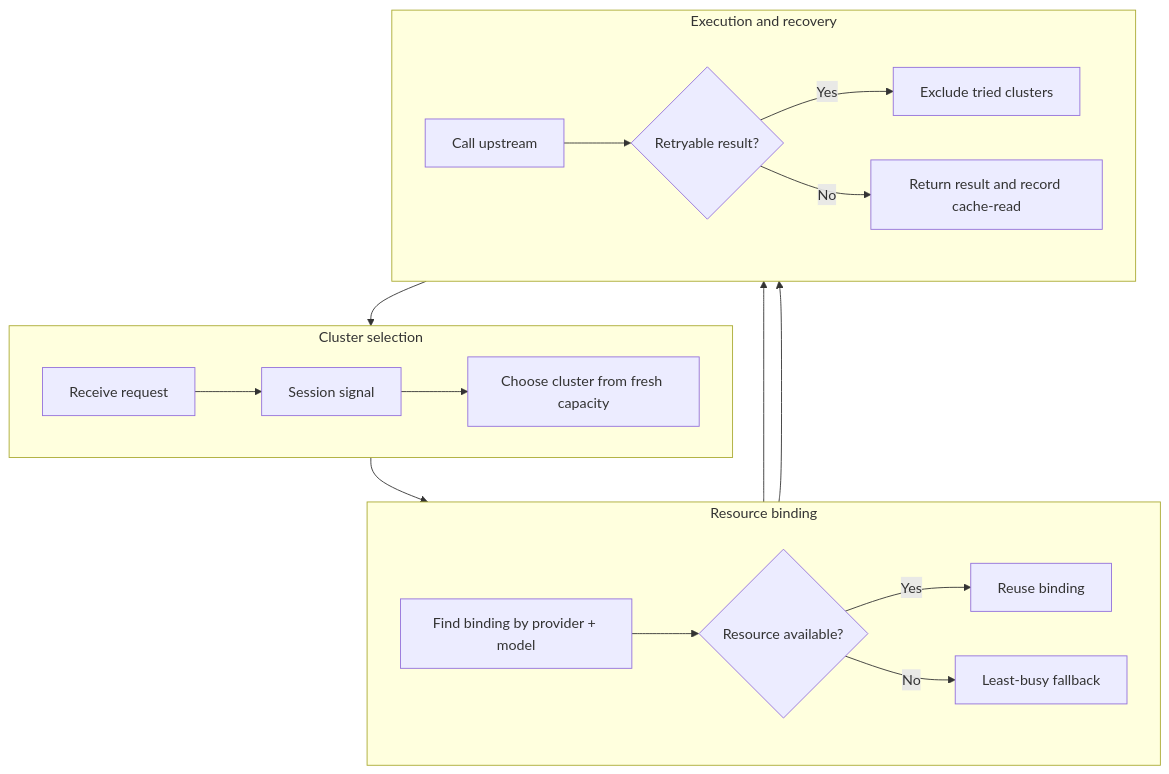
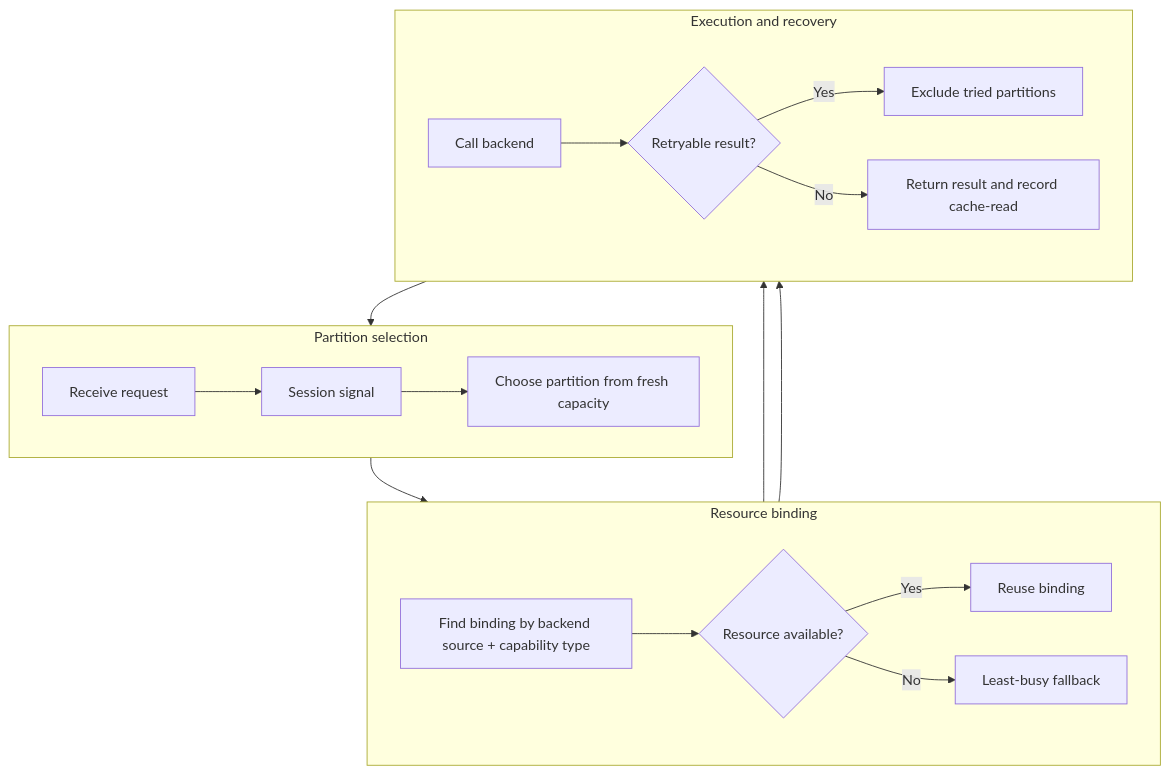
One commit to Liyuk/liyuk.github.io changed the second of 3 diagrams in src/content/writing/2026/08/cache-optimization-and-locality/en.md. Above: the diagram before and after it, drawn with Mermaid. The commit also changed other lines of this file and 11 other files, not shown here.

````diff
--- a/src/content/writing/2026/08/cache-optimization-and-locality/en.md
+++ b/src/content/writing/2026/08/cache-optimization-and-locality/en.md
@@ -51,27 +52,27 @@
 ```mermaid
 flowchart TB
-    subgraph S[Cluster selection]
+    subgraph S[Partition selection]
         direction LR
         A[Receive request] --> B[Session signal]
-        B --> C[Choose cluster from fresh capacity]
+        B --> C[Choose partition from fresh capacity]
     end
 
     subgraph R[Resource binding]
         direction LR
-        D[Find binding by provider + model] --> E{Resource available?}
+        D[Find binding by backend source + capability type] --> E{Resource available?}
         E -- Yes --> F[Reuse binding]
         E -- No --> G[Least-busy fallback]
     end
 
     subgraph X[Execution and recovery]
         direction LR
-        H[Call upstream] --> I{Retryable result?}
-        I -- Yes --> J[Exclude tried clusters]
+        H[Call backend] --> I{Retryable result?}
+        I -- Yes --> J[Exclude tried partitions]
         I -- No --> K[Return result and record cache-read]
     end
 
     C --> D
     F --> H
     G --> H
     J --> C
 ```
````
